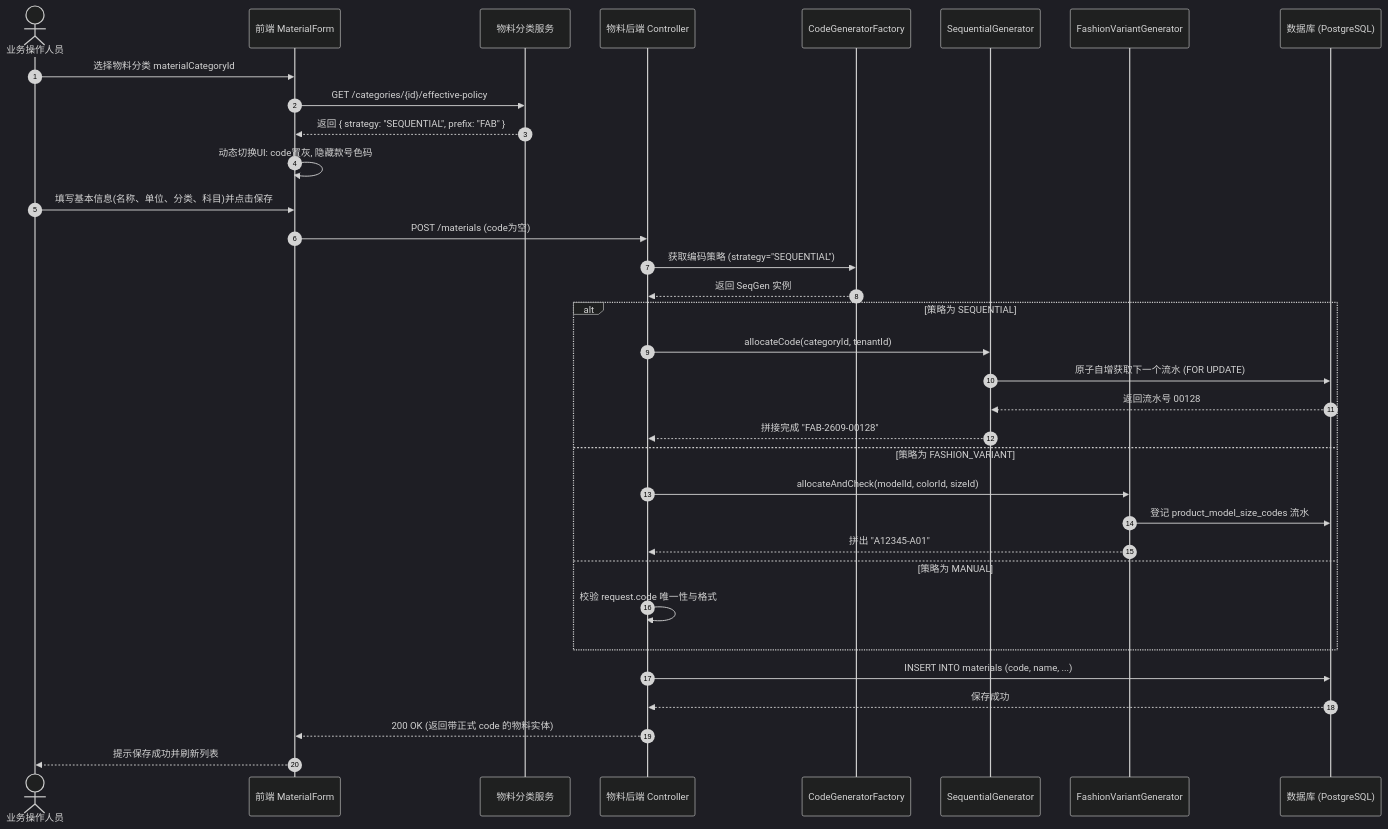
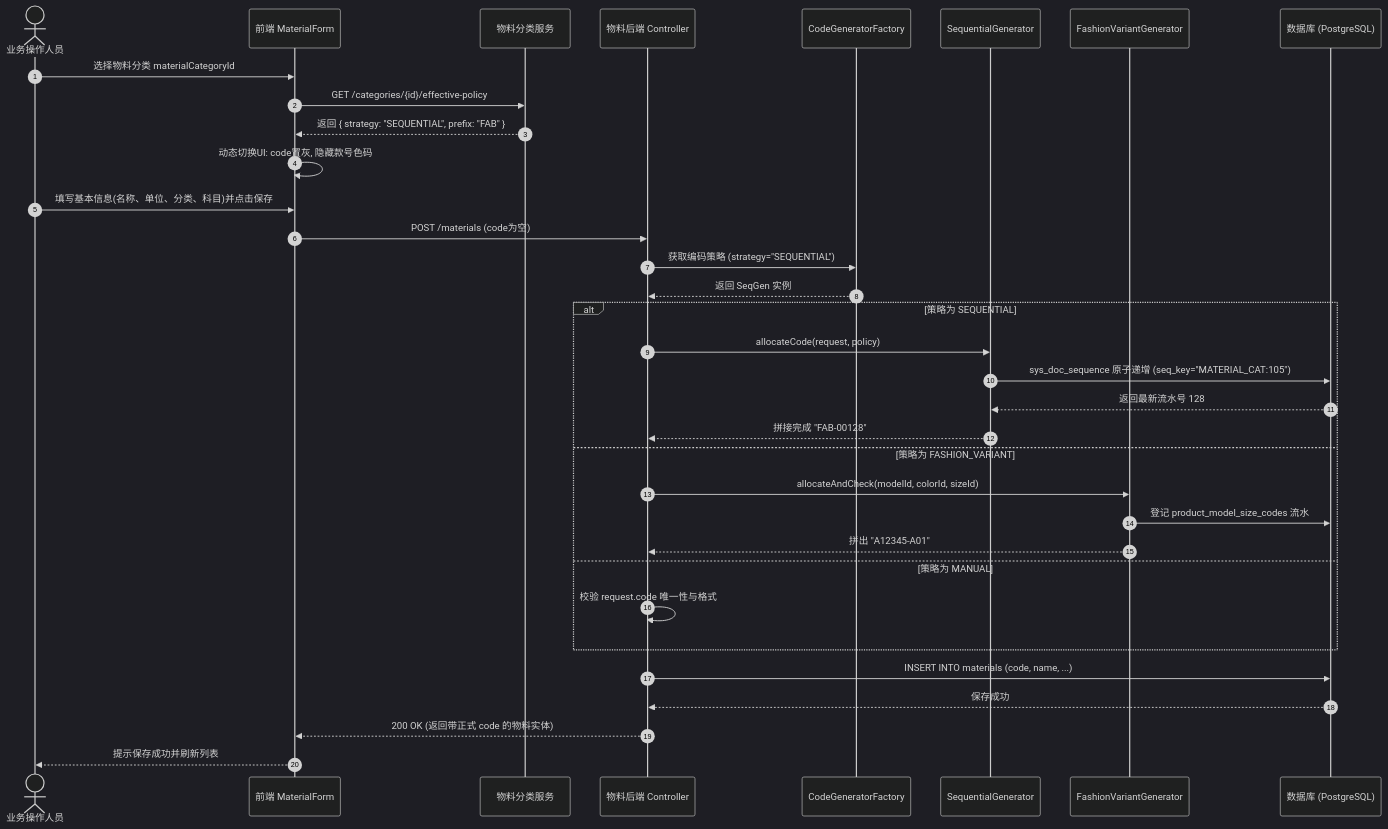
Before and after one commit to Micron818/lychee-doc: the diagram in system_design/backend/chartExp/mm-refactor-v2/02-编码策略与业务流程.md, drawn with Mermaid (dark theme). The commit also changed other lines of this file and 4 other files, not shown here.

Commit message:
refactor: enhance material category coding strategy and sequence management; update schema design and documentation for improved clarity and functionality

````diff
--- a/system_design/backend/chartExp/mm-refactor-v2/02-编码策略与业务流程.md
+++ b/system_design/backend/chartExp/mm-refactor-v2/02-编码策略与业务流程.md
@@ -82,41 +84,41 @@
 ```mermaid
 sequenceDiagram
     autonumber
     actor User as 业务操作人员
     participant Form as 前端 MaterialForm
     participant CatAPI as 物料分类服务
     participant MatAPI as 物料后端 Controller
     participant Factory as CodeGeneratorFactory
     participant SeqGen as SequentialGenerator
     participant VarGen as FashionVariantGenerator
     participant DB as 数据库 (PostgreSQL)
 
     User->>Form: 选择物料分类 materialCategoryId
     Form->>CatAPI: GET /categories/{id}/effective-policy
     CatAPI-->>Form: 返回 { strategy: "SEQUENTIAL", prefix: "FAB" }
     Form->>Form: 动态切换UI: code置灰, 隐藏款号色码
 
     User->>Form: 填写基本信息(名称、单位、分类、科目)并点击保存
     Form->>MatAPI: POST /materials (code为空)
     
     MatAPI->>Factory: 获取编码策略 (strategy="SEQUENTIAL")
     Factory-->>MatAPI: 返回 SeqGen 实例
 
     alt 策略为 SEQUENTIAL
-        MatAPI->>SeqGen: allocateCode(categoryId, tenantId)
-        SeqGen->>DB: 原子自增获取下一个流水 (FOR UPDATE)
-        DB-->>SeqGen: 返回流水号 00128
-        SeqGen-->>MatAPI: 拼接完成 "FAB-2609-00128"
+        MatAPI->>SeqGen: allocateCode(request, policy)
+        SeqGen->>DB: sys_doc_sequence 原子递增 (seq_key="MATERIAL_CAT:105")
+        DB-->>SeqGen: 返回最新流水号 128
+        SeqGen-->>MatAPI: 拼接完成 "FAB-00128"
     else 策略为 FASHION_VARIANT
         MatAPI->>VarGen: allocateAndCheck(modelId, colorId, sizeId)
         VarGen->>DB: 登记 product_model_size_codes 流水
         VarGen-->>MatAPI: 拼出 "A12345-A01"
     else 策略为 MANUAL
         MatAPI->>MatAPI: 校验 request.code 唯一性与格式
     end
 
     MatAPI->>DB: INSERT INTO materials (code, name, ...)
     DB-->>MatAPI: 保存成功
     MatAPI-->>Form: 200 OK (返回带正式 code 的物料实体)
     Form-->>User: 提示保存成功并刷新列表
 ```
````
